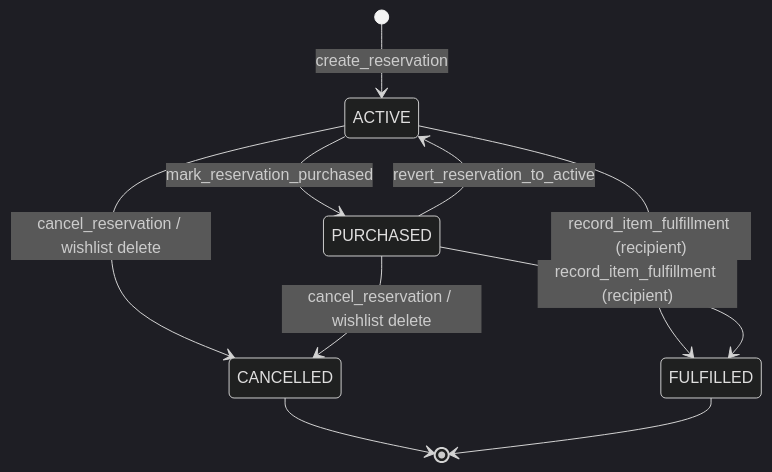
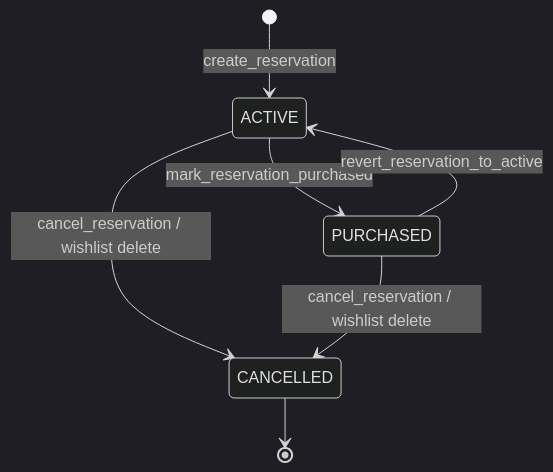
One commit to koctep/wishenka changed the second of 2 diagrams in doc/dev/reservations.md. Above: the diagram before and after it, drawn with Mermaid (dark theme). The commit also changed other lines of this file and 16 other files, not shown here.

````diff
--- a/doc/dev/reservations.md
+++ b/doc/dev/reservations.md
@@ -84,12 +90,9 @@
 ```mermaid
 stateDiagram-v2
     [*] --> ACTIVE: create_reservation
     ACTIVE --> PURCHASED: mark_reservation_purchased
     PURCHASED --> ACTIVE: revert_reservation_to_active
     ACTIVE --> CANCELLED: cancel_reservation / wishlist delete
     PURCHASED --> CANCELLED: cancel_reservation / wishlist delete
-    ACTIVE --> FULFILLED: record_item_fulfillment (recipient)
-    PURCHASED --> FULFILLED: record_item_fulfillment (recipient)
     CANCELLED --> [*]
-    FULFILLED --> [*]
 ```
````
